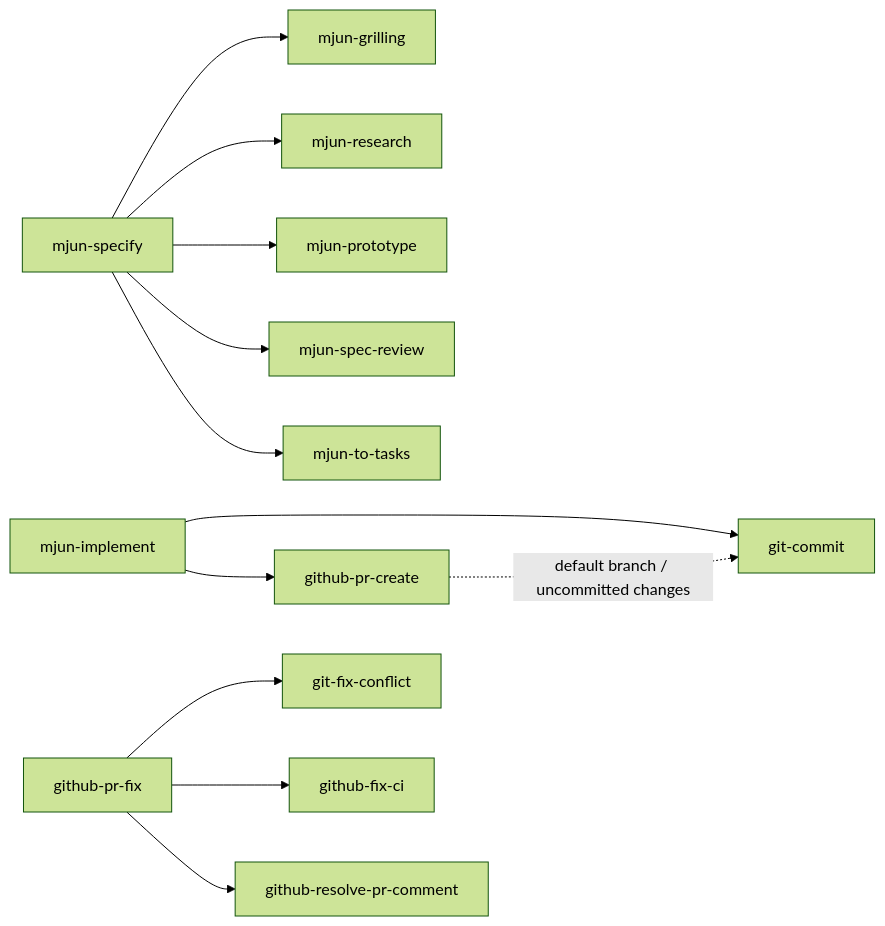
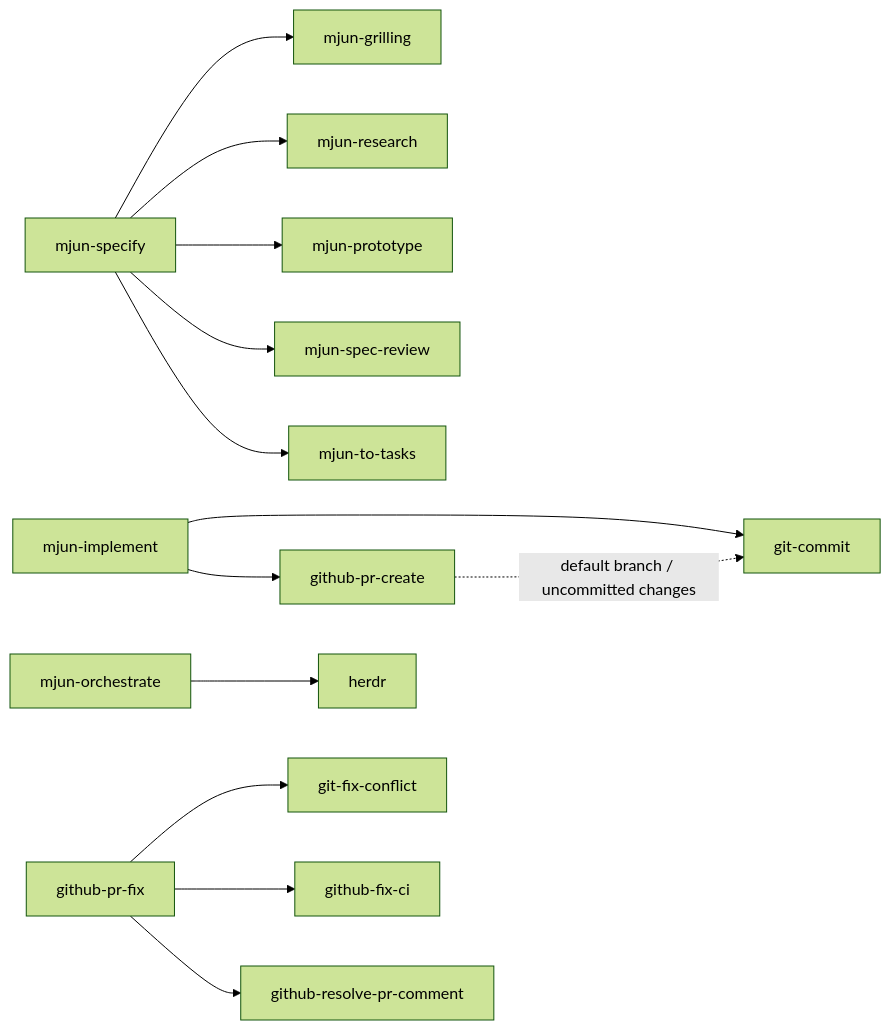
Before and after one commit to mjun0812/dotfiles: the diagram in doc/skills.md, drawn with Mermaid (forest theme). The commit also changed other lines of this file and 4 other files, not shown here.

First line of the commit message:
feat: add mjun-orchestrate skill for parallel workers on Herdr

````diff
--- a/doc/skills.md
+++ b/doc/skills.md
@@ -129,17 +130,19 @@
 ```mermaid
 graph LR
     github-pr-create -. default branch / uncommitted changes .-> git-commit
 
     mjun-specify --> mjun-grilling
     mjun-specify --> mjun-research
     mjun-specify --> mjun-prototype
     mjun-specify --> mjun-spec-review
     mjun-specify --> mjun-to-tasks
 
     mjun-implement --> git-commit
     mjun-implement --> github-pr-create
 
+    mjun-orchestrate --> herdr
+
     github-pr-fix --> git-fix-conflict
     github-pr-fix --> github-fix-ci
     github-pr-fix --> github-resolve-pr-comment
 ```
````
